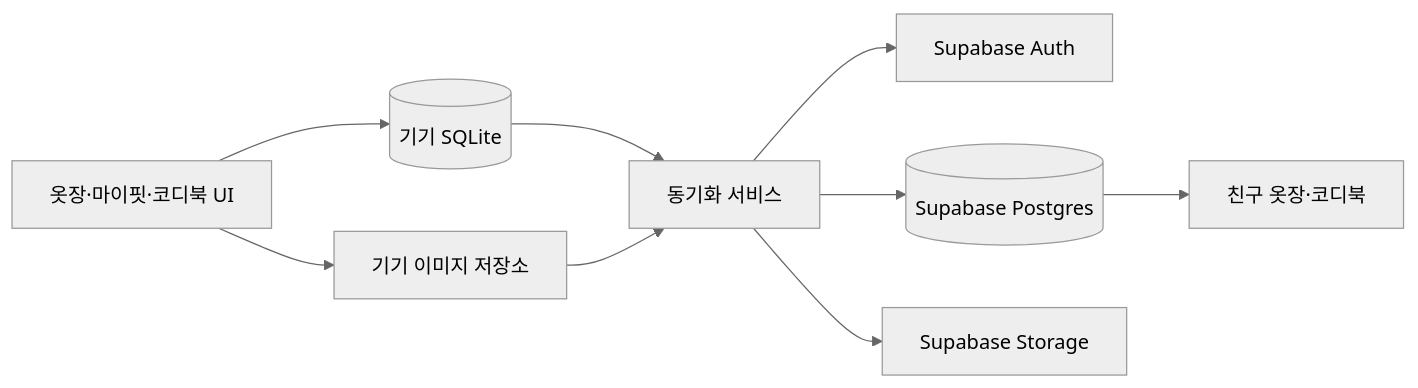
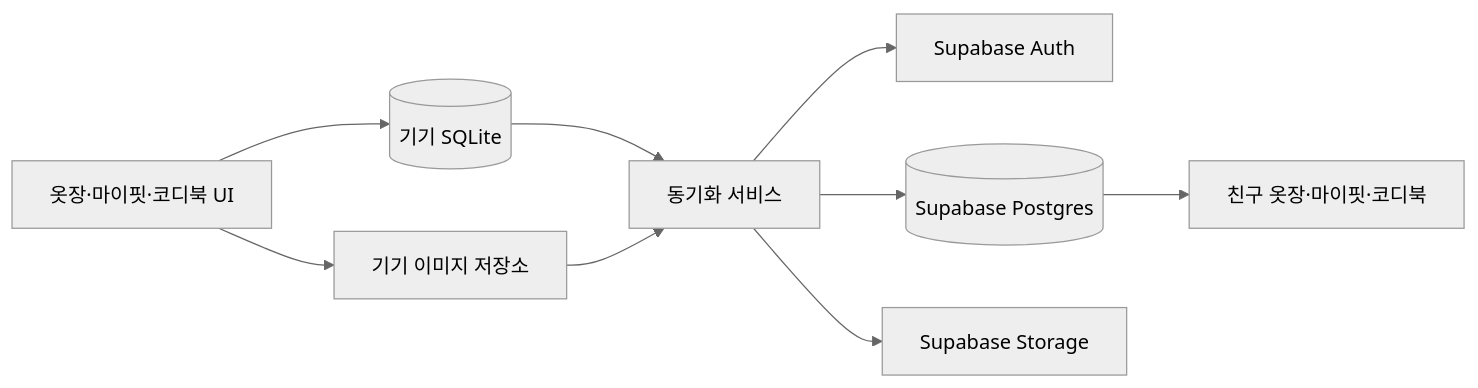
The diagram in README.md (0xseo/LookBookie), drawn with Mermaid (neutral theme) before and after one commit. The commit also changed other lines of this file and 49 other files, not shown here.

````diff
--- a/README.md
+++ b/README.md
@@ -67,11 +78,11 @@
 ```mermaid
 flowchart LR
   UI[옷장·마이핏·코디북 UI] --> DB[(기기 SQLite)]
   UI --> FILES[기기 이미지 저장소]
   DB --> SYNC[동기화 서비스]
   FILES --> SYNC
   SYNC --> AUTH[Supabase Auth]
   SYNC --> PG[(Supabase Postgres)]
   SYNC --> STORAGE[Supabase Storage]
-  PG --> FRIENDS[친구 옷장·코디북]
+  PG --> FRIENDS[친구 옷장·마이핏·코디북]
 ```
````
